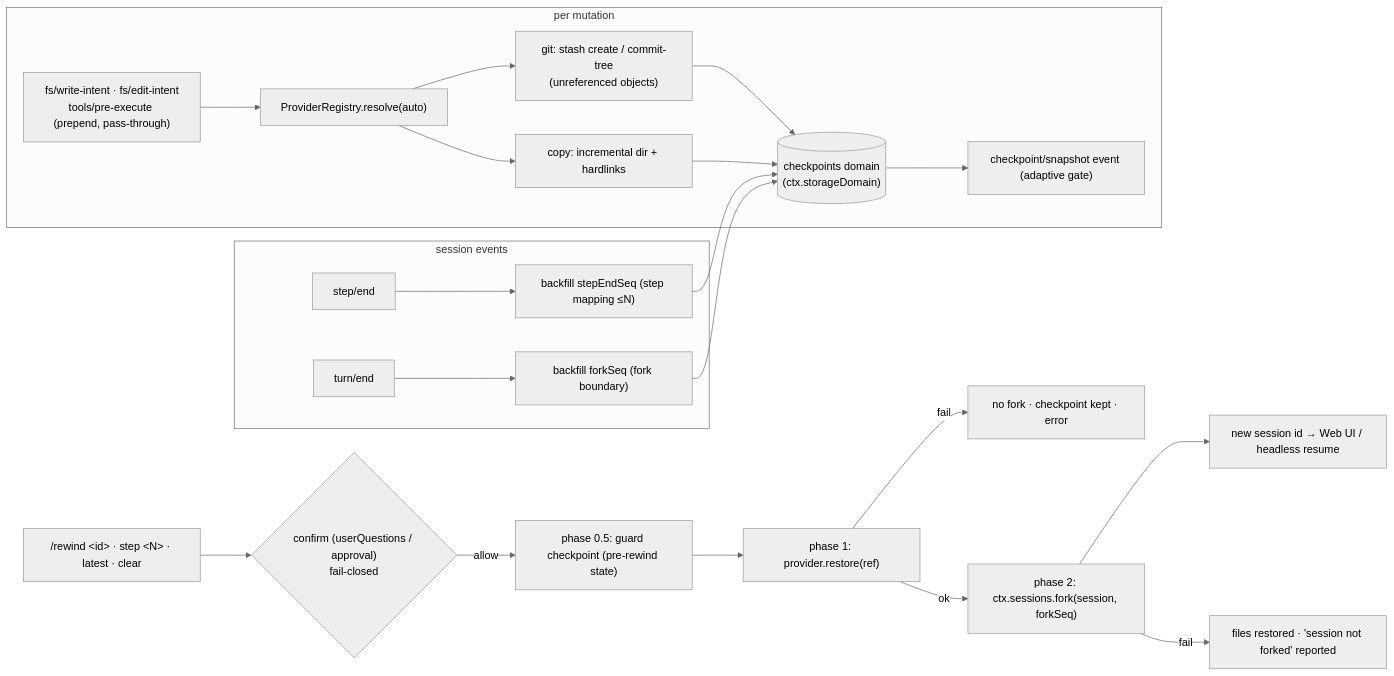
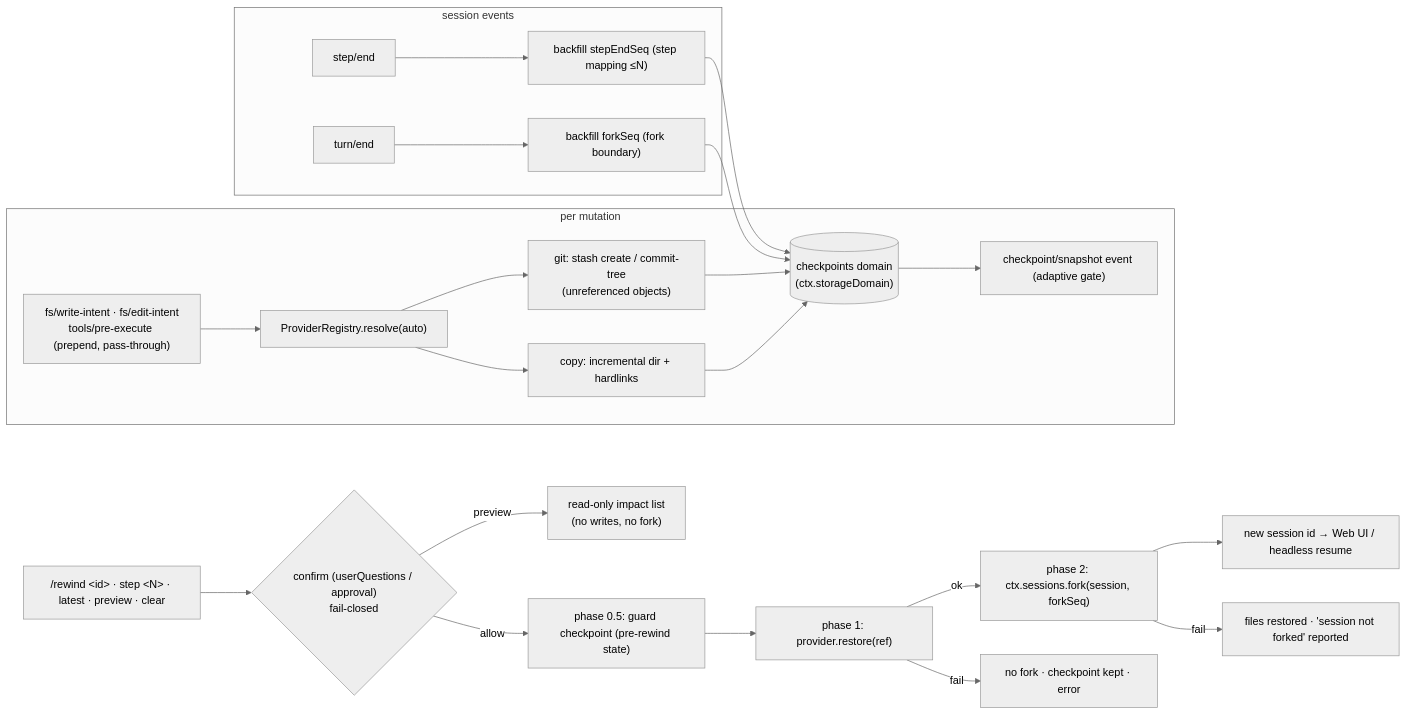
Before and after one commit to PerryLink/dsh-checkpoint-rewind: the diagram in README.md, drawn with Mermaid (neutral theme). The commit also changed other lines of this file and 8 other files, not shown here.

Commit message:
docs: 0.4.0 —— 五语 README 同步（preview/glob/安全加固/演示与测试数 160）、ARCHITECTURE D14-D16、CHANGELOG 0.4.0 定版、SECURITY 资源面与不变量、AGENTS 布局图补 projection.mjs

````diff
--- a/README.md
+++ b/README.md
@@ -185,24 +205,25 @@
 ```mermaid
 flowchart LR
   subgraph capture["per mutation"]
     A["fs/write-intent · fs/edit-intent<br/>tools/pre-execute (prepend, pass-through)"] --> B["ProviderRegistry.resolve(auto)"]
     B --> C["git: stash create / commit-tree<br/>(unreferenced objects)"]
     B --> D["copy: incremental dir + hardlinks"]
     C --> E[("checkpoints domain<br/>(ctx.storageDomain)")]
     D --> E
     E --> F["checkpoint/snapshot event (adaptive gate)"]
   end
   subgraph session["session events"]
     G["step/end"] --> H["backfill stepEndSeq (step mapping ≤N)"]
     I["turn/end"] --> J["backfill forkSeq (fork boundary)"]
     H --> E
     J --> E
   end
-  K["/rewind &lt;id&gt; · step &lt;N&gt; · latest · clear"] --> L{"confirm (userQuestions / approval)<br/>fail-closed"}
+  K["/rewind &lt;id&gt; · step &lt;N&gt; · latest · preview · clear"] --> L{"confirm (userQuestions / approval)<br/>fail-closed"}
+  L -->|preview| KP["read-only impact list<br/>(no writes, no fork)"]
   L -->|allow| M["phase 0.5: guard checkpoint (pre-rewind state)"]
   M --> N["phase 1: provider.restore(ref)"]
   N -->|ok| O["phase 2: ctx.sessions.fork(session, forkSeq)"]
   O --> P["new session id → Web UI / headless resume"]
   N -->|fail| Q["no fork · checkpoint kept · error"]
   O -->|fail| R["files restored · 'session not forked' reported"]
 ```
````
